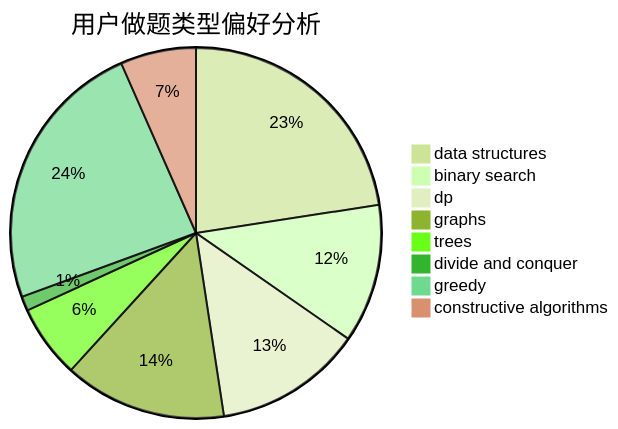
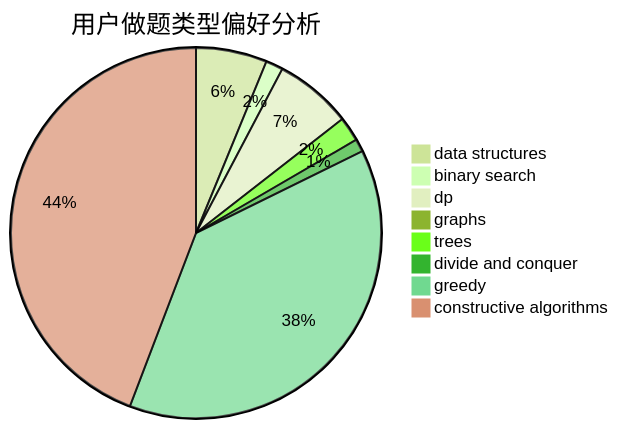
Before and after one commit to sherpahu/cfrs.github.io: the second of 3 diagrams in docs/user/u1613.md, drawn with Mermaid (forest theme). The commit also changed other lines of this file and 2770 other files, not shown here.

````diff
--- a/docs/user/u1613.md
+++ b/docs/user/u1613.md
@@ -23,11 +23,11 @@
 ```mermaid
 pie title 用户做题类型偏好分析
-    "data structures" :  304
-    "binary search" :  163
-    "dp" :  174
-    "graphs" :  191
-    "trees" :  86
-    "divide and conquer" :  17
-    "greedy" :  323
-    "constructive algorithms" :  89
+    "data structures" :  78
+    "binary search" :  19
+    "dp" :  85
+    "graphs" :  5
+    "trees" :  27
+    "divide and conquer" :  14
+    "greedy" :  479
+    "constructive algorithms" :  556
 ```
````
